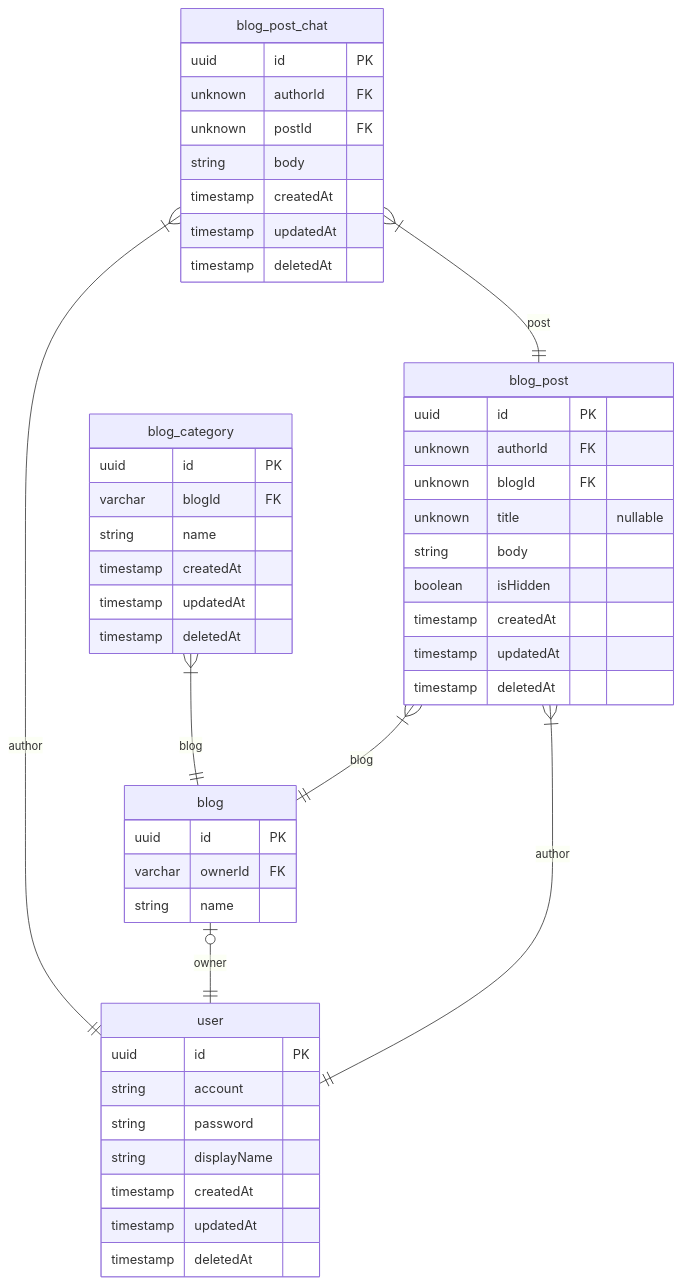
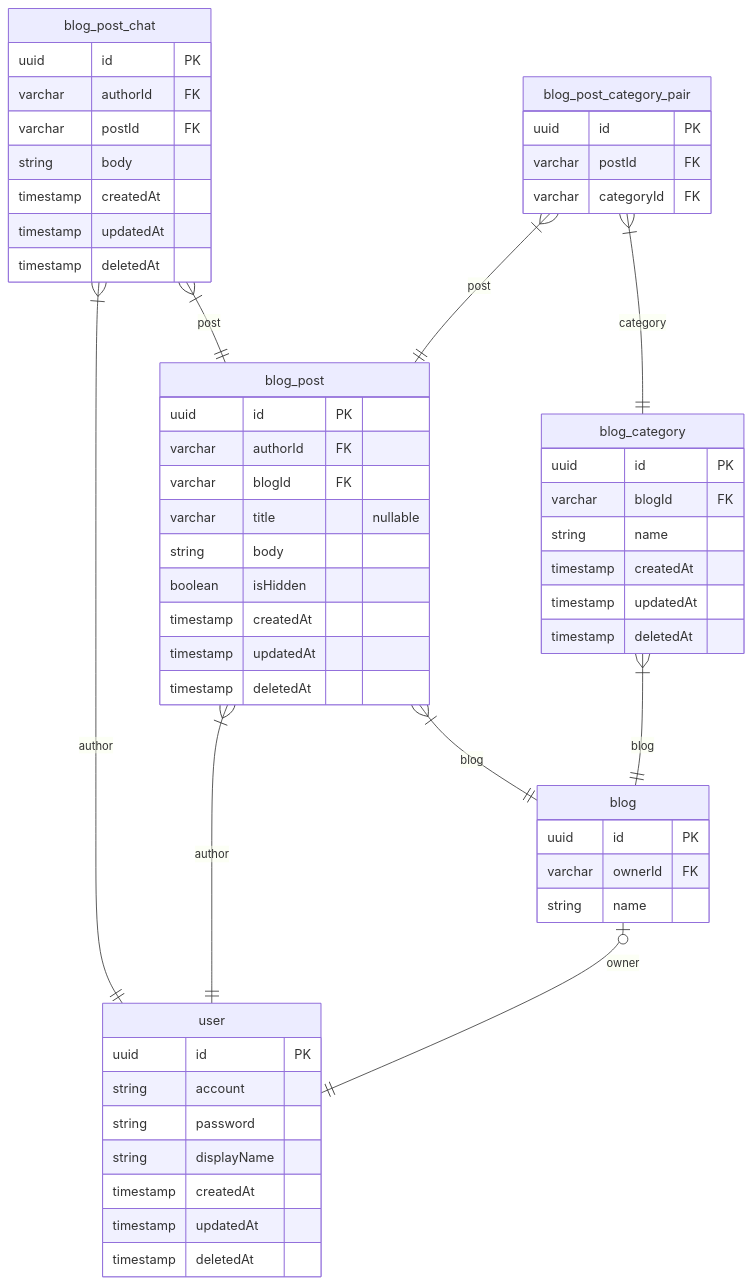
One commit to yiy0ung/typeorm-markdown changed the first of 3 diagrams in test/erd.md. Above: the diagram before and after it, drawn with Mermaid. The commit also changed other lines of this file, not shown here.

Commit message:
update: generated erd docs

````diff
--- a/test/erd.md
+++ b/test/erd.md
@@ -7,51 +8,58 @@
 ```mermaid
 erDiagram
 blog_post_chat {
   uuid id PK 
-  unknown authorId FK 
-  unknown postId FK 
+  varchar authorId FK 
+  varchar postId FK 
   string body  
   timestamp createdAt  
   timestamp updatedAt  
   timestamp deletedAt  
+}
+blog_post_category_pair {
+  uuid id PK 
+  varchar postId FK 
+  varchar categoryId FK 
 }
 blog_category {
   uuid id PK 
   varchar blogId FK 
   string name  
   timestamp createdAt  
   timestamp updatedAt  
   timestamp deletedAt  
 }
 blog {
   uuid id PK 
   varchar ownerId FK 
   string name  
 }
 blog_post {
   uuid id PK 
-  unknown authorId FK 
-  unknown blogId FK 
-  unknown title  "nullable"
+  varchar authorId FK 
+  varchar blogId FK 
+  varchar title  "nullable"
   string body  
   boolean isHidden  
   timestamp createdAt  
   timestamp updatedAt  
   timestamp deletedAt  
 }
 user {
   uuid id PK 
   string account  
   string password  
   string displayName  
   timestamp createdAt  
   timestamp updatedAt  
   timestamp deletedAt  
 }
 blog_post_chat }|--|| user : author
 blog_post_chat }|--|| blog_post : post
+blog_post_category_pair }|--|| blog_post : post
+blog_post_category_pair }|--|| blog_category : category
 blog_category }|--|| blog : blog
 blog |o--|| user : owner
 blog_post }|--|| user : author
 blog_post }|--|| blog : blog
 ```
````
